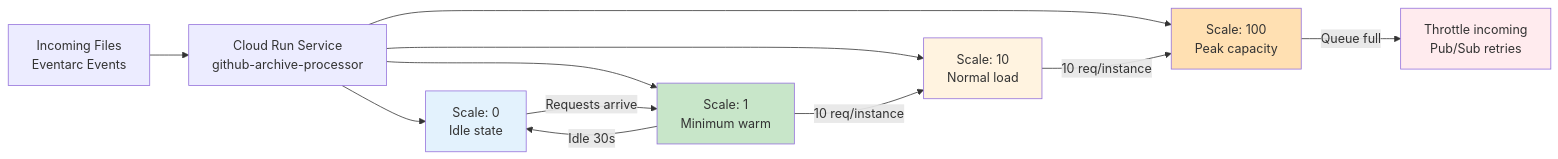
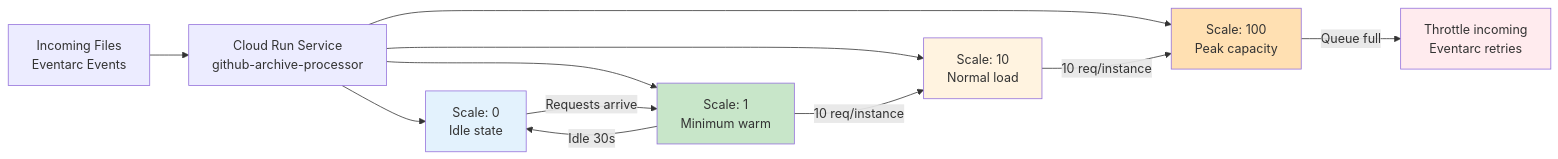
The diagram in design/github_archive/phase2_process_files/diagrams/05_autoscaling.md (prateekpanjla-outlook/gcp_data_proc), drawn with Mermaid before and after one commit. The commit also changed 56 other files, not shown here.

````diff
--- a/design/github_archive/phase2_process_files/diagrams/05_autoscaling.md
+++ b/design/github_archive/phase2_process_files/diagrams/05_autoscaling.md
@@ -3,22 +3,22 @@
 ```mermaid
 graph LR
     Incoming[Incoming Files<br>Eventarc Events] --> CR[Cloud Run Service<br>github-archive-processor]
 
     CR --> Scale0[Scale: 0<br>Idle state]
     CR --> ScaleMin[Scale: 1<br>Minimum warm]
     CR --> ScaleMid[Scale: 10<br>Normal load]
     CR --> ScaleMax[Scale: 100<br>Peak capacity]
 
     Scale0 -->|Requests arrive| ScaleMin
     ScaleMin -->|10 req/instance| ScaleMid
     ScaleMid -->|10 req/instance| ScaleMax
 
-    ScaleMax -->|Queue full| Throttle[Throttle incoming<br>Pub/Sub retries]
+    ScaleMax -->|Queue full| Throttle[Throttle incoming<br>Eventarc retries]
     ScaleMin -->|Idle 30s| Scale0
 
     style Scale0 fill:#e3f2fd
     style ScaleMin fill:#c8e6c9
     style ScaleMid fill:#fff3e0
     style ScaleMax fill:#ffe0b2
     style Throttle fill:#ffebee
 ```
````
